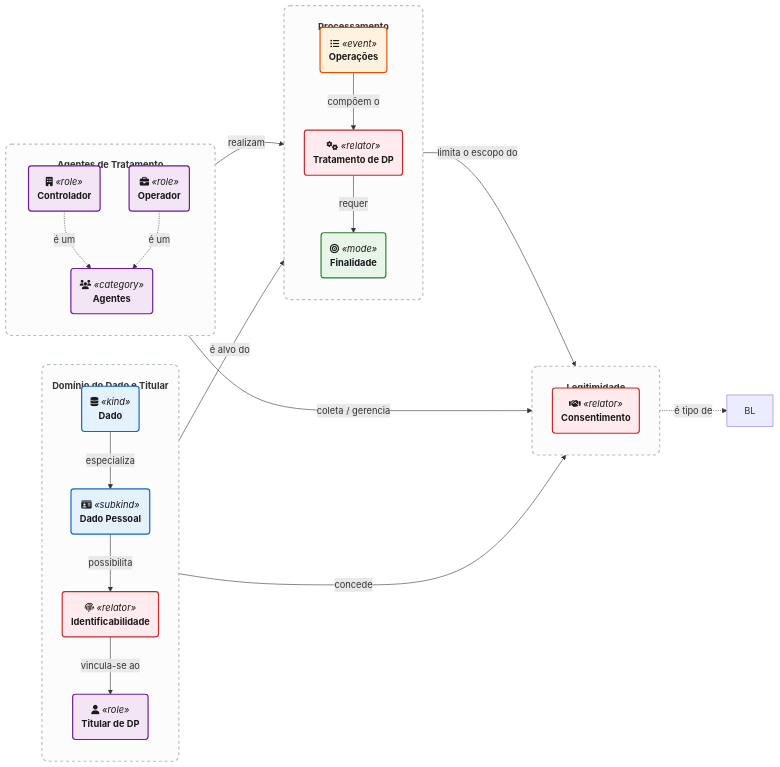
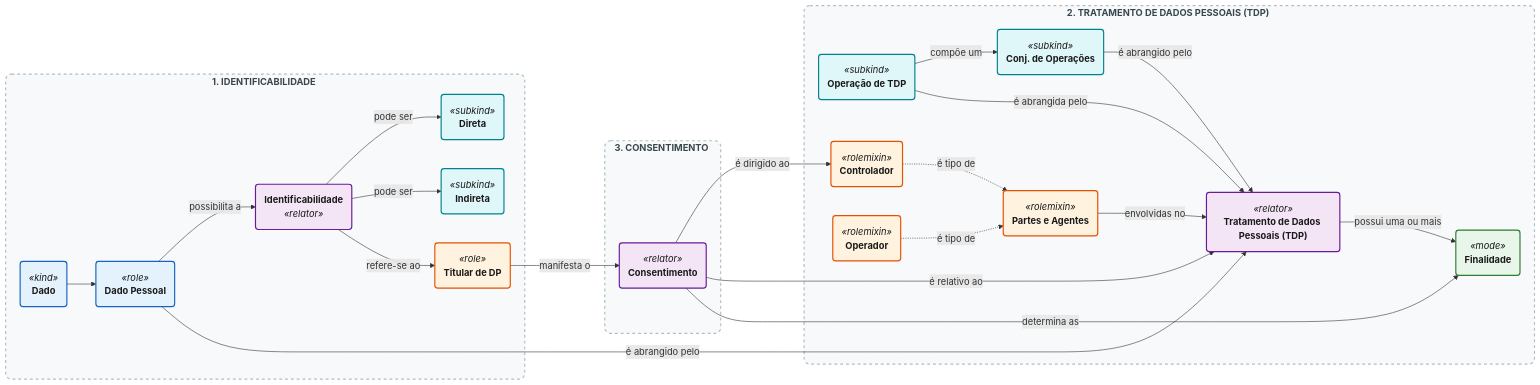
One commit to TNK443/Dissertacao changed the second of 3 diagrams in ONTOPRIVACY/README.md. Above: the diagram before and after it, drawn with Mermaid. The commit also changed other lines of this file, not shown here.

````diff
--- a/ONTOPRIVACY/README.md
+++ b/ONTOPRIVACY/README.md
@@ -93,64 +93,97 @@
 ```mermaid
 flowchart LR
+    %% --------------------------------------------------------
+    %% PALETA DE CORES LÓGICA E ELEGANTE (MATERIAL DESIGN)
+    %% --------------------------------------------------------
+    %% Azul: Objetos passivos e dados
+    classDef dado fill:#E3F2FD,stroke:#1565C0,stroke-width:2px,color:#1A1A1A;
+    
+    %% Ciano: Subtipos e operações
+    classDef subkind fill:#E0F7FA,stroke:#00838F,stroke-width:2px,color:#1A1A1A;
+    
+    %% Laranja: Agentes (Pessoas/Organizações)
+    classDef ator fill:#FFF3E0,stroke:#E65100,stroke-width:2px,color:#1A1A1A;
+    
+    %% Verde: Modos e Finalidades
+    classDef mode fill:#E8F5E9,stroke:#2E7D32,stroke-width:2px,color:#1A1A1A;
+    
+    %% Roxo: Relatores (O "contrato" ou elo que une as partes)
+    classDef relator fill:#F3E5F5,stroke:#6A1B9A,stroke-width:2px,color:#1A1A1A;
 
-    classDef dado fill:#E3F2FD,stroke:#1565C0,stroke-width:2px,color:#1A1A1A;
-    classDef processo fill:#FFF3E0,stroke:#E65100,stroke-width:2px,color:#1A1A1A;
-    classDef ator fill:#F3E5F5,stroke:#6A1B9A,stroke-width:2px,color:#1A1A1A;
-    classDef regra fill:#E8F5E9,stroke:#2E7D32,stroke-width:2px,color:#1A1A1A;
-    classDef relator fill:#FFEBEE,stroke:#C62828,stroke-width:2px,color:#1A1A1A;
-
-    subgraph G1["<br><b>Domínio do Dado e Titular</b><br>&nbsp;"]
-        direction TB
-        D("fa:fa-database <i>«kind»</i>\n<b>Dado</b>"):::dado
-        DP("fa:fa-id-card <i>«subkind»</i>\n<b>Dado Pessoal</b>"):::dado
-        I("fa:fa-fingerprint <i>«relator»</i>\n<b>Identificabilidade</b>"):::relator
-        T("fa:fa-user <i>«role»</i>\n<b>Titular de DP</b>"):::ator
+    %% --------------------------------------------------------
+    %% AGRUPAMENTO 1: IDENTIFICABILIDADE
+    %% --------------------------------------------------------
+    subgraph G1 ["<b>1. IDENTIFICABILIDADE</b>&nbsp;"]
+        D("<i>«kind»</i>\n<b>Dado</b>"):::dado
+        DP("<i>«role»</i>\n<b>Dado Pessoal</b>"):::dado
+        I("<b>Identificabilidade</b>\n<i>«relator»</i>"):::relator
+        
+        %% Sub-tipos de Identificabilidade
+        IDIR("<i>«subkind»</i>\n<b>Direta</b>"):::subkind
+        IIND("<i>«subkind»</i>\n<b>Indireta</b>"):::subkind
+        
+        T("<i>«role»</i>\n<b>Titular de DP</b>"):::ator
+        
+        %% Conexões Internas do G1
+        D -->DP
+        DP -->|possibilita a| I
+        I -->|pode ser| IDIR
+        I -->|pode ser| IIND
+        I -->|refere-se ao| T
     end
 
-    subgraph G3["<br><b>Agentes de Tratamento</b><br>&nbsp;"]
-        direction TB
-        P("fa:fa-users <i>«category»</i>\n<b>Agentes</b>"):::ator
-        CTRL("fa:fa-building <i>«role»</i>\n<b>Controlador</b>"):::ator
-        OPR("fa:fa-briefcase <i>«role»</i>\n<b>Operador</b>"):::ator
+    %% --------------------------------------------------------
+    %% AGRUPAMENTO 2: TRATAMENTO DE DADOS PESSOAIS
+    %% --------------------------------------------------------
+    subgraph G2 ["<b>2. TRATAMENTO DE DADOS PESSOAIS (TDP)</b>&nbsp;"]
+        TDP("<i>«relator»</i>\n<b>Tratamento de Dados Pessoais (TDP)</b>"):::relator
+        
+        O("<i>«subkind»</i>\n<b>Operação de TDP</b>"):::subkind
+        CO("<i>«subkind»</i>\n<b>Conj. de Operações</b>"):::subkind
+        
+        P("<i>«rolemixin»</i>\n<b>Partes e Agentes</b>"):::ator
+        CTRL("<i>«rolemixin»</i>\n<b>Controlador</b>"):::ator
+        OPR("<i>«rolemixin»</i>\n<b>Operador</b>"):::ator
+        
+        F("<i>«mode»</i>\n<b>Finalidade</b>"):::mode
+        
+        %% Conexões Internas do G2
+        O -->|compõe um| CO
+        O -->|é abrangida pelo| TDP
+        CO -->|é abrangido pelo| TDP
+        
+        CTRL -.->|é tipo de| P
+        OPR -.->|é tipo de| P
+        P -->|envolvidas no| TDP
+        
+        TDP -->|possui uma ou mais| F
     end
 
-    subgraph G2["<br><b>Processamento</b><br>&nbsp;"]
-        direction TB
-        TDP("fa:fa-cogs <i>«relator»</i>\n<b>Tratamento de DP</b>"):::relator
-        O("fa:fa-list-ul <i>«event»</i>\n<b>Operações</b>"):::processo
-        F("fa:fa-bullseye <i>«mode»</i>\n<b>Finalidade</b>"):::regra
+    %% --------------------------------------------------------
+    %% AGRUPAMENTO 3: CONSENTIMENTO
+    %% --------------------------------------------------------
+    subgraph G3 ["<b>3. CONSENTIMENTO</b>&nbsp;"]
+        C("<i>«relator»</i>\n<b>Consentimento</b>"):::relator
     end
 
-    subgraph G4["<br><b>Legitimidade</b><br>&nbsp;"]
-        direction TB
-        C("fa:fa-handshake <i>«relator»</i>\n<b>Consentimento</b>"):::relator
-    end
+    %% --------------------------------------------------------
+    %% CONEXÕES ENTRE OS AGRUPAMENTOS (CROSS-LINKS)
+    %% --------------------------------------------------------
+    
+    %% Ligação Dado Pessoal -> TDP
+    DP -->|é abrangido pelo| TDP
+    
+    %% Ligações do Consentimento
+    T -->|manifesta o| C
+    C -->|é dirigido ao| CTRL
+    C -->|é relativo ao| TDP
+    C -->|determina as| F
 
-    %% Eixo Dado -> Titular
-    D -->|especializa| DP
-    DP -->|possibilita| I
-    I -->|vincula-se ao| T
-    
-    %% Eixo Agentes
-    CTRL -.->|é um| P
-    OPR -.->|é um| P
-    P -->|realizam| TDP
-    
-    %% Eixo Tratamento
-    DP -->|é alvo do| TDP
-    O -->|compõem o| TDP
-    TDP -->|requer| F
-    
-    %% Eixo Base Legal / Consentimento
-    C -.->|é tipo de| BL
-    
-    T -->|concede| C
-    CTRL -->|coleta / gerencia| C
-    F -->|limita o escopo do| C
-
-    %% ESTILO DAS CAIXAS (SUBGRAPHS)
-    style G1 fill:#fcfcfc,stroke:#B0BEC5,stroke-width:2px,stroke-dasharray: 5 5,rx:10,ry:10
-    style G2 fill:#fcfcfc,stroke:#B0BEC5,stroke-width:2px,stroke-dasharray: 5 5,rx:10,ry:10
-    style G3 fill:#fcfcfc,stroke:#B0BEC5,stroke-width:2px,stroke-dasharray: 5 5,rx:10,ry:10
-    style G4 fill:#fcfcfc,stroke:#B0BEC5,stroke-width:2px,stroke-dasharray: 5 5,rx:10,ry:10
+    %% --------------------------------------------------------
+    %% ESTILIZAÇÃO DAS CAIXAS (CLEAN DESIGN)
+    %% --------------------------------------------------------
+    %% Fundos neutros (cinza super claro) para não ofuscar os nós coloridos
+    style G1 fill:#F8F9FA,stroke:#B0BEC5,stroke-width:2px,color:#37474F,stroke-dasharray: 5 5,rx:10,ry:10
+    style G2 fill:#F8F9FA,stroke:#B0BEC5,stroke-width:2px,color:#37474F,stroke-dasharray: 5 5,rx:10,ry:10
+    style G3 fill:#F8F9FA,stroke:#B0BEC5,stroke-width:2px,color:#37474F,stroke-dasharray: 5 5,rx:10,ry:10
 ```
````
